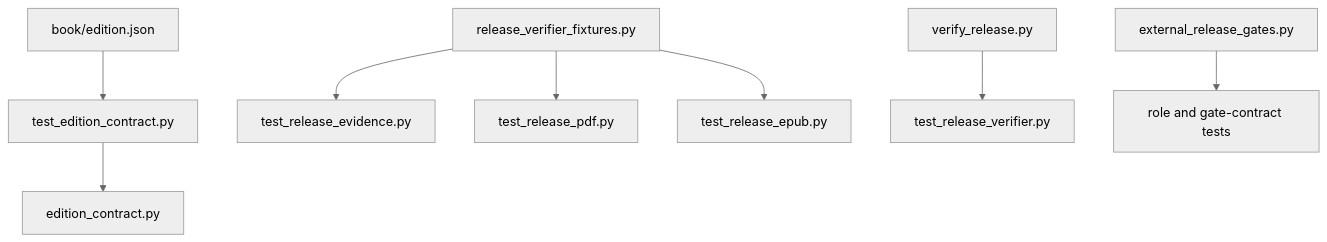
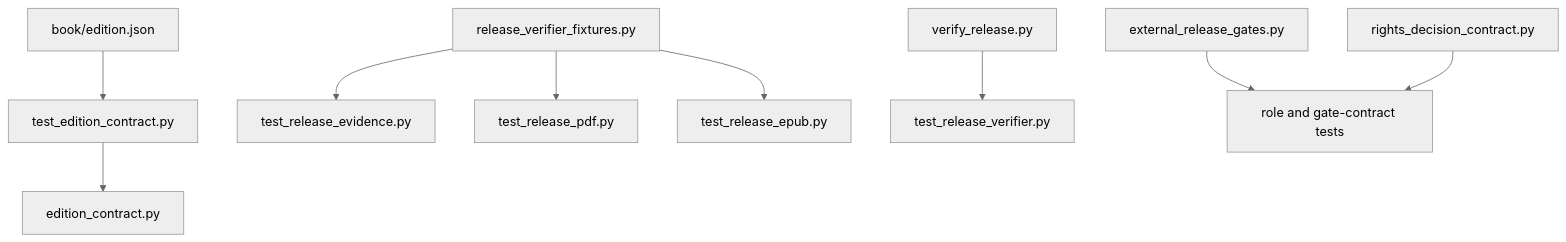
One commit to streamentry/streamentry changed the second of 5 diagrams in tests/AGENTS.md. Above: the diagram before and after it, drawn with Mermaid (neutral theme). The commit also changed other lines of this file and 19 other files, not shown here.

````diff
--- a/tests/AGENTS.md
+++ b/tests/AGENTS.md
@@ -47,10 +49,11 @@
 ```mermaid
 flowchart TB
   C["book/edition.json"] --> D["test_edition_contract.py"]
   D --> L["edition_contract.py"]
   X["release_verifier_fixtures.py"] --> E["test_release_evidence.py"]
   X --> P["test_release_pdf.py"]
   X --> U["test_release_epub.py"]
   V["verify_release.py"] --> I["test_release_verifier.py"]
   G["external_release_gates.py"] --> Q["role and gate-contract tests"]
+  R["rights_decision_contract.py"] --> Q
 ```
````
